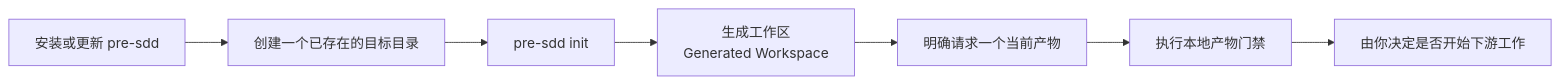
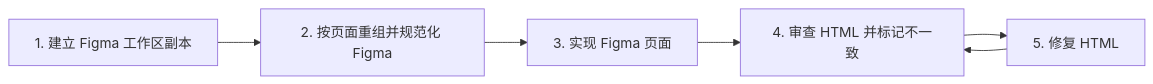
Before and after one commit to bigsmartben/pre-sdd: the second of 2 diagrams in QUICKSTART.md, drawn with Mermaid. The commit also changed other lines of this file and 70 other files, not shown here.

Commit message:
Refactor scaffold harness and template validation flows

````diff
--- a/QUICKSTART.md
+++ b/QUICKSTART.md
@@ -17,9 +125,8 @@
 ```mermaid
 flowchart LR
-    I["安装或更新 pre-sdd"] --> D["创建一个已存在的目标目录"]
-    D --> W["pre-sdd init"]
-    W --> G["生成工作区<br/>Generated Workspace"]
-    G --> A["明确请求一个当前产物"]
-    A --> V["执行本地产物门禁"]
-    V --> H["由你决定是否开始下游工作"]
+    A["1. 建立 Figma 工作区副本"] --> B["2. 按页面重组并规范化 Figma"]
+    B --> C["3. 实现 Figma 页面"]
+    C --> D["4. 审查 HTML 并标记不一致"]
+    D --> E["5. 修复 HTML"]
+    E --> D
 ```
````
